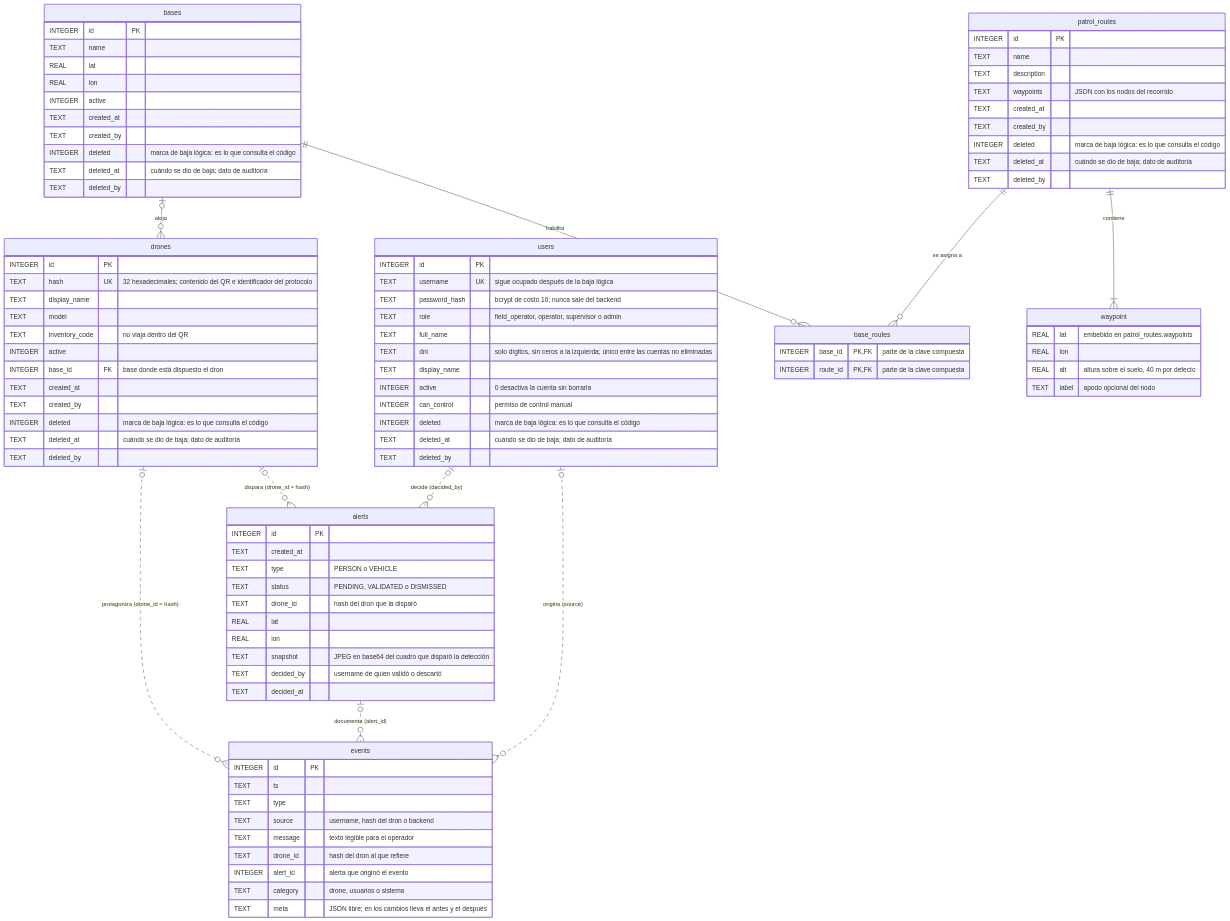
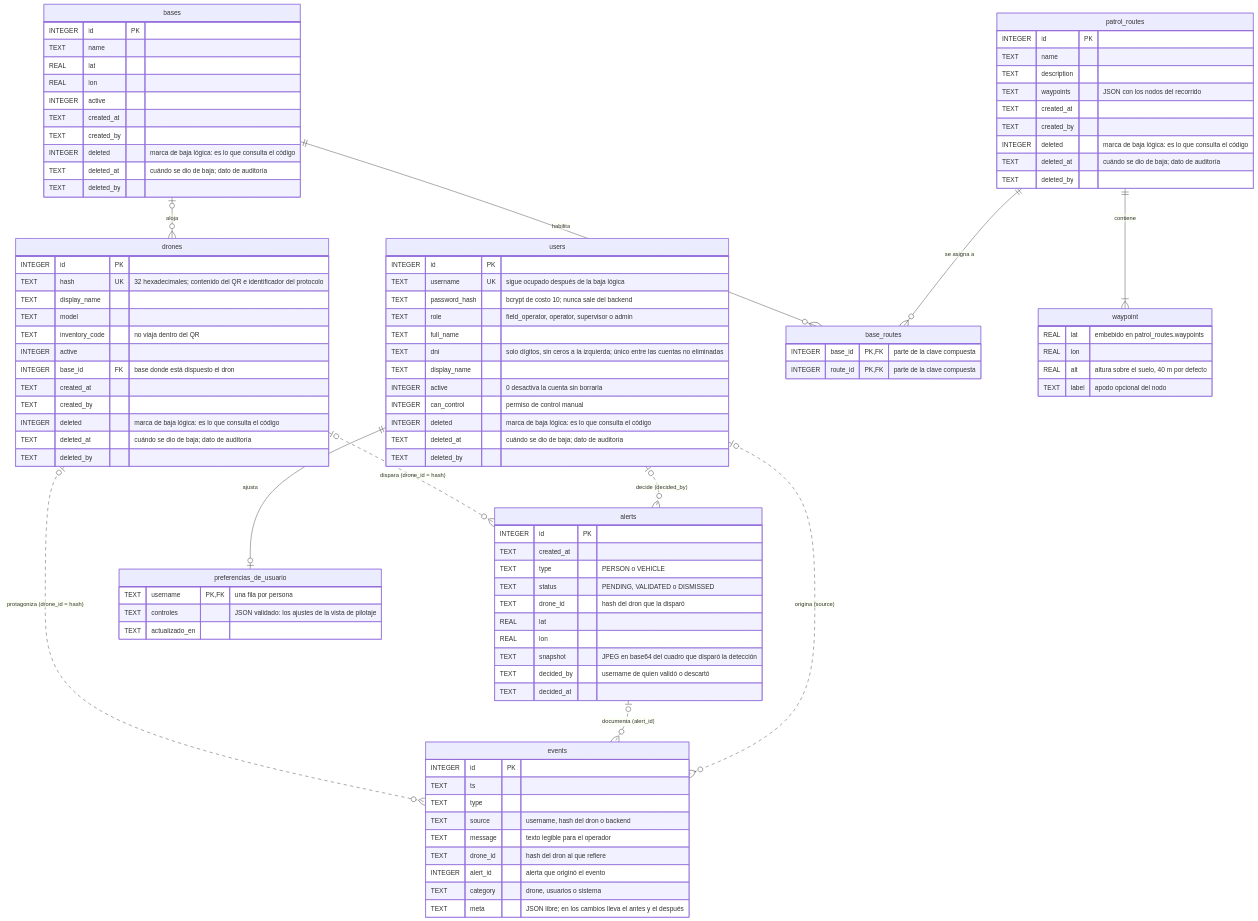
One commit to NikolasBerntsen/Tesis changed the first of 3 diagrams in docs/MODELO-DE-DATOS.md. Above: the diagram before and after it, drawn with Mermaid. The commit also changed other lines of this file and 27 other files, not shown here.

First line of the commit message:
Control manual: ajustes del control por persona (engranaje en la vista de pilotaje)

```diff
--- a/docs/MODELO-DE-DATOS.md
+++ b/docs/MODELO-DE-DATOS.md
@@ -117,7 +118,14 @@
         TEXT meta "JSON libre; en los cambios lleva el antes y el después"
     }
 
+    preferencias_de_usuario {
+        TEXT username PK, FK "una fila por persona"
+        TEXT controles "JSON validado: los ajustes de la vista de pilotaje"
+        TEXT actualizado_en
+    }
+
     bases       |o--o{ drones      : "aloja"
+    users       ||--o| preferencias_de_usuario : "ajusta"
     bases       ||--o{ base_routes : "habilita"
     patrol_routes ||--o{ base_routes : "se asigna a"
     patrol_routes ||--|{ waypoint   : "contiene"
```
